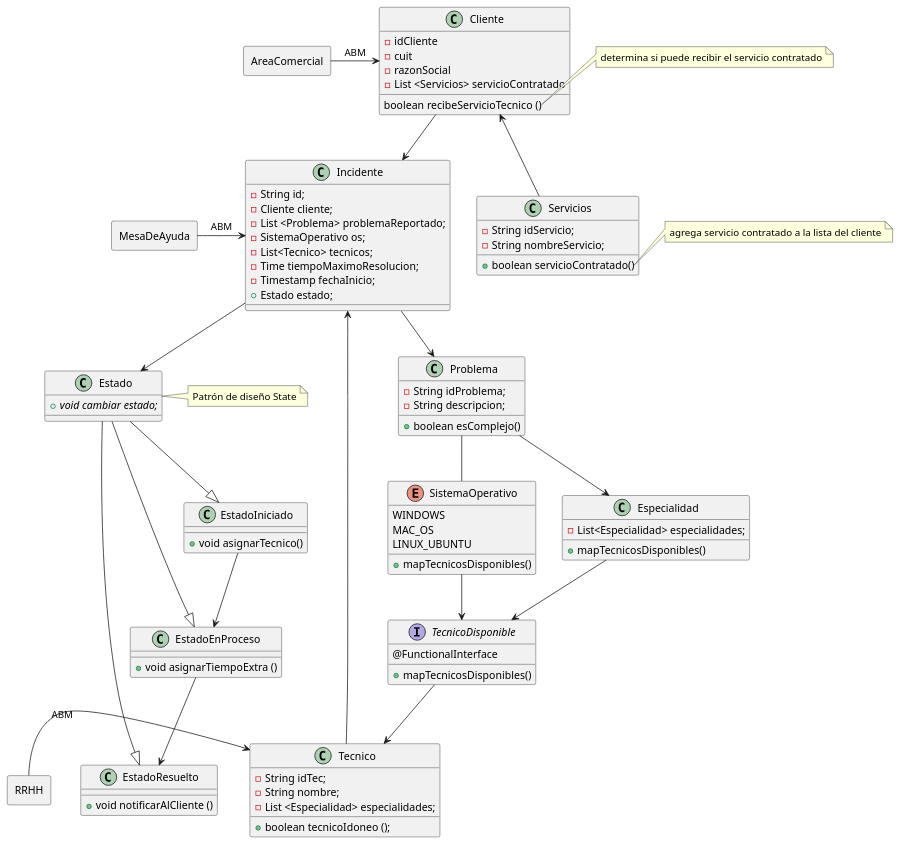
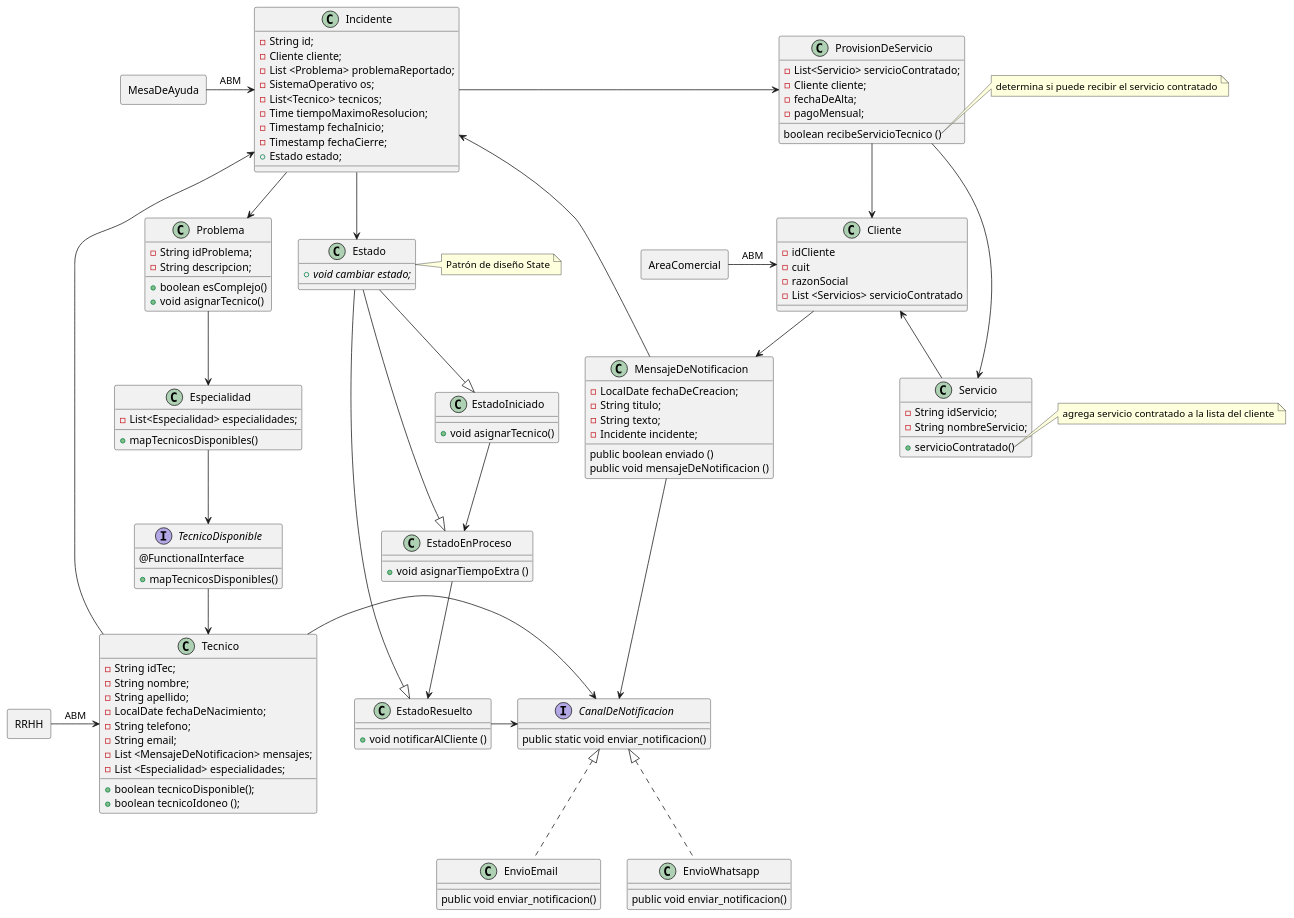
One commit to jikaidoko/SistemaIncidentes changed the diagram in src/main/java/Modelos/UML.puml. Above: the diagram before and after it, drawn with PlantUML. The commit also changed 29 other files, not shown here.

Commit message:
Nuevas clases y diagrama DER

```diff
--- a/src/main/java/Modelos/UML.puml
+++ b/src/main/java/Modelos/UML.puml
@@ -1,92 +1,122 @@
 @startuml
 allowmixing
 agent RRHH
 agent AreaComercial
 agent MesaDeAyuda
 MesaDeAyuda->Incidente:ABM
 RRHH->Tecnico:ABM
 AreaComercial->Cliente:ABM
 Incidente<--Tecnico
-Cliente<--Servicios
-Cliente-->Incidente
+Cliente<--Servicio
+Cliente-->MensajeDeNotificacion
+MensajeDeNotificacion-->Incidente
+MensajeDeNotificacion-->CanalDeNotificacion
+CanalDeNotificacion<|..EnvioEmail
+CanalDeNotificacion<|..EnvioWhatsapp
+Tecnico->CanalDeNotificacion
 Incidente-->Problema
-Problema--SistemaOperativo
+Incidente->ProvisionDeServicio
+ProvisionDeServicio-->Cliente
+ProvisionDeServicio-->Servicio
 Problema-->Especialidad
 Especialidad-->TecnicoDisponible
-SistemaOperativo -->TecnicoDisponible
 TecnicoDisponible-->Tecnico
 class Cliente {
 - idCliente
 - cuit
 - razonSocial
 - List <Servicios> servicioContratado
-boolean recibeServicioTecnico ()
 }
-note right of Cliente::recibeServicioTecnico
+note right of ProvisionDeServicio::recibeServicioTecnico
 determina si puede recibir el servicio contratado
 end note
-class Servicios {
+class Servicio {
     -String idServicio;
     -String nombreServicio;
-   +boolean servicioContratado()
+   +servicioContratado()
 }
-note right of Servicios::servicioContratado
+note right of Servicio::servicioContratado
 agrega servicio contratado a la lista del cliente
 end note
-Class Incidente {
+class MensajeDeNotificacion {
+-LocalDate fechaDeCreacion;
+-String titulo;
+-String texto;
+-Incidente incidente;
+public boolean enviado ()
+public void mensajeDeNotificacion ()
+}
+interface CanalDeNotificacion {
+              public static void enviar_notificacion()
+          }
+class EnvioEmail{
+    public void enviar_notificacion()
+}
+class EnvioWhatsapp {
+    public void enviar_notificacion()
+}
+class Incidente {
 -String id;
 -Cliente cliente;
 -List <Problema> problemaReportado;
 -SistemaOperativo os;
 -List<Tecnico> tecnicos;
 -Time tiempoMaximoResolucion;
 -Timestamp fechaInicio;
+-Timestamp fechaCierre;
 +Estado estado;
-
+}
+class ProvisionDeServicio {
+ -List<Servicio> servicioContratado;
+ -Cliente cliente;
+ -fechaDeAlta;
+ -pagoMensual;
+ boolean recibeServicioTecnico ()
 }
 class Estado {
 +void {abstract} cambiar estado;
 }
-Class EstadoIniciado {
+class EstadoIniciado {
 +void asignarTecnico()
 }
-Class EstadoEnProceso {
+class EstadoEnProceso {
  +void asignarTiempoExtra ()
 }
-Class EstadoResuelto {
+class EstadoResuelto {
 +void notificarAlCliente ()
 }
 note right of Estado:Patrón de diseño State
 Incidente-->Estado
 Estado--|>EstadoIniciado
 Estado--|>EstadoEnProceso
 Estado--|>EstadoResuelto
 EstadoIniciado-->EstadoEnProceso
 EstadoEnProceso-->EstadoResuelto
-
-Class Problema {
+EstadoResuelto->CanalDeNotificacion
+class Problema {
 -String idProblema;
 -String descripcion;
 +boolean esComplejo()
++void asignarTecnico()
 }
-enum SistemaOperativo{
-WINDOWS
-MAC_OS
-LINUX_UBUNTU
-+mapTecnicosDisponibles()
-}
-Class Tecnico {
+class Tecnico {
     -String idTec;
     -String nombre;
+    -String apellido;
+    -LocalDate fechaDeNacimiento;
+    -String telefono;
+    -String email;
+    -List <MensajeDeNotificacion> mensajes;
     -List <Especialidad> especialidades;
+    +boolean tecnicoDisponible();
 +boolean tecnicoIdoneo ();
 }
-Class Especialidad {
+class Especialidad {
 - List<Especialidad> especialidades;
 +mapTecnicosDisponibles()
 }
-Interface TecnicoDisponible{
+interface TecnicoDisponible{
 @FunctionalInterface
 +mapTecnicosDisponibles()
 }
 @enduml
```
